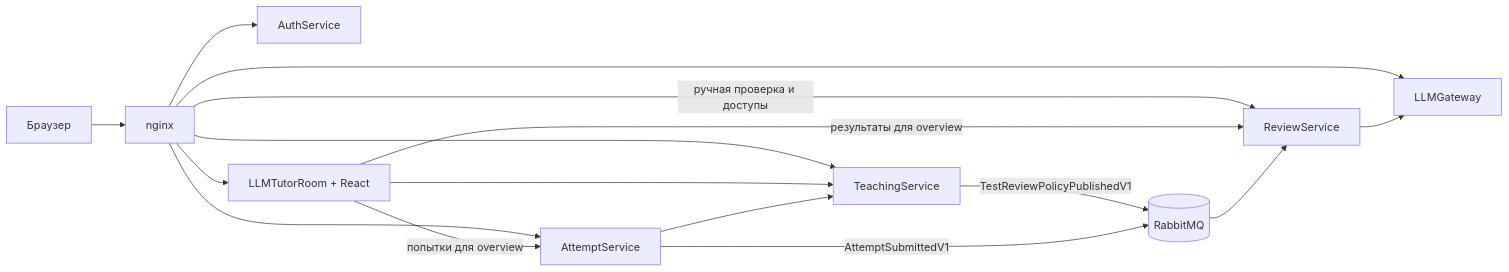
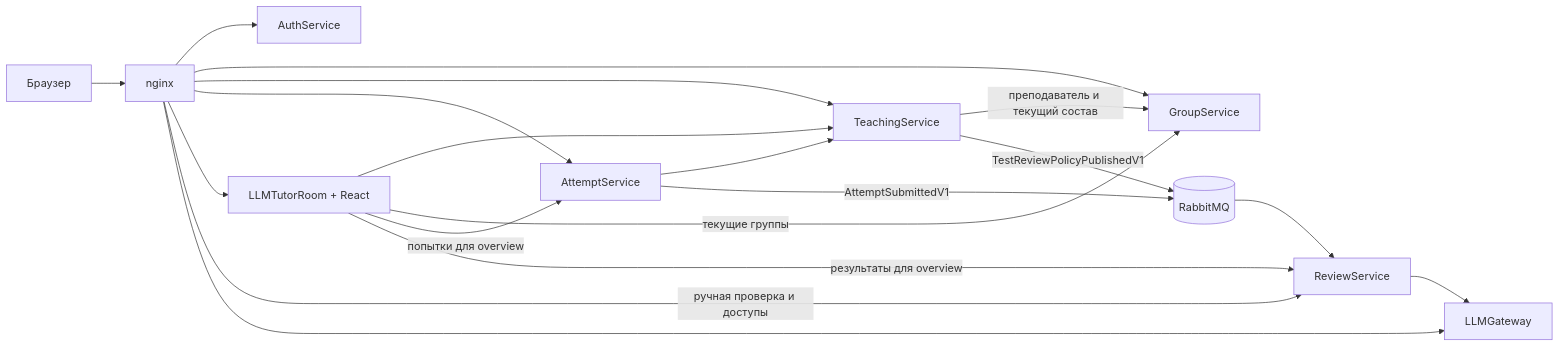
The diagram in README.md (KomaMix/LLMTutorRoom), drawn with Mermaid before and after one commit. The commit also changed other lines of this file and 92 other files, not shown here.

First line of the commit message:
feat(groups): extract group service and enforce live membership

````diff
--- a/README.md
+++ b/README.md
@@ -35,19 +37,22 @@
 ```mermaid
 flowchart LR
     User["Браузер"] --> Nginx["nginx"]
     Nginx --> Auth["AuthService"]
+    Nginx --> Groups["GroupService"]
     Nginx --> Teaching["TeachingService"]
     Nginx --> Attempt["AttemptService"]
     Nginx --> Tutor["LLMTutorRoom + React"]
     Nginx -- "ручная проверка и доступы" --> Review["ReviewService"]
     Nginx --> Gateway["LLMGateway"]
 
     Tutor --> Teaching
+    Tutor -- "текущие группы" --> Groups
     Tutor -- "попытки для overview" --> Attempt
     Tutor -- "результаты для overview" --> Review
     Attempt --> Teaching
+    Teaching -- "преподаватель и текущий состав" --> Groups
     Teaching -- "TestReviewPolicyPublishedV1" --> Rabbit[(RabbitMQ)]
     Attempt -- "AttemptSubmittedV1" --> Rabbit
     Rabbit --> Review
     Review --> Gateway
 ```
````
